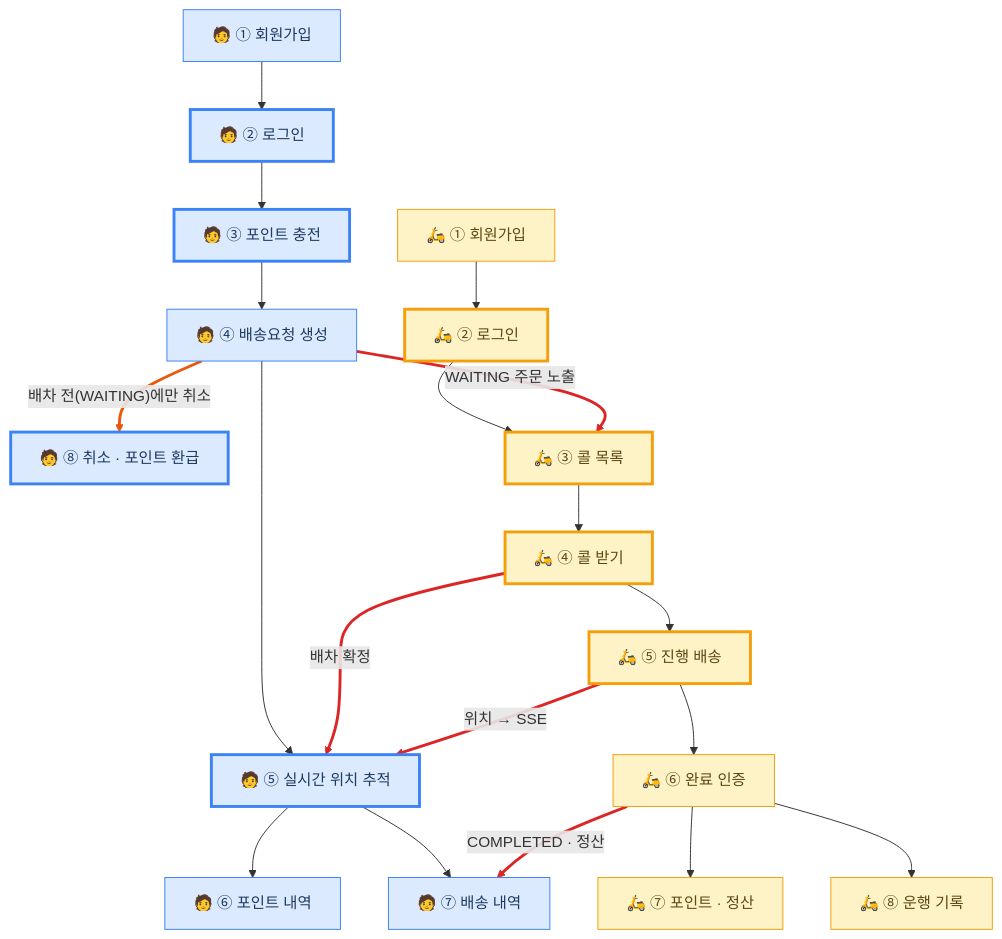
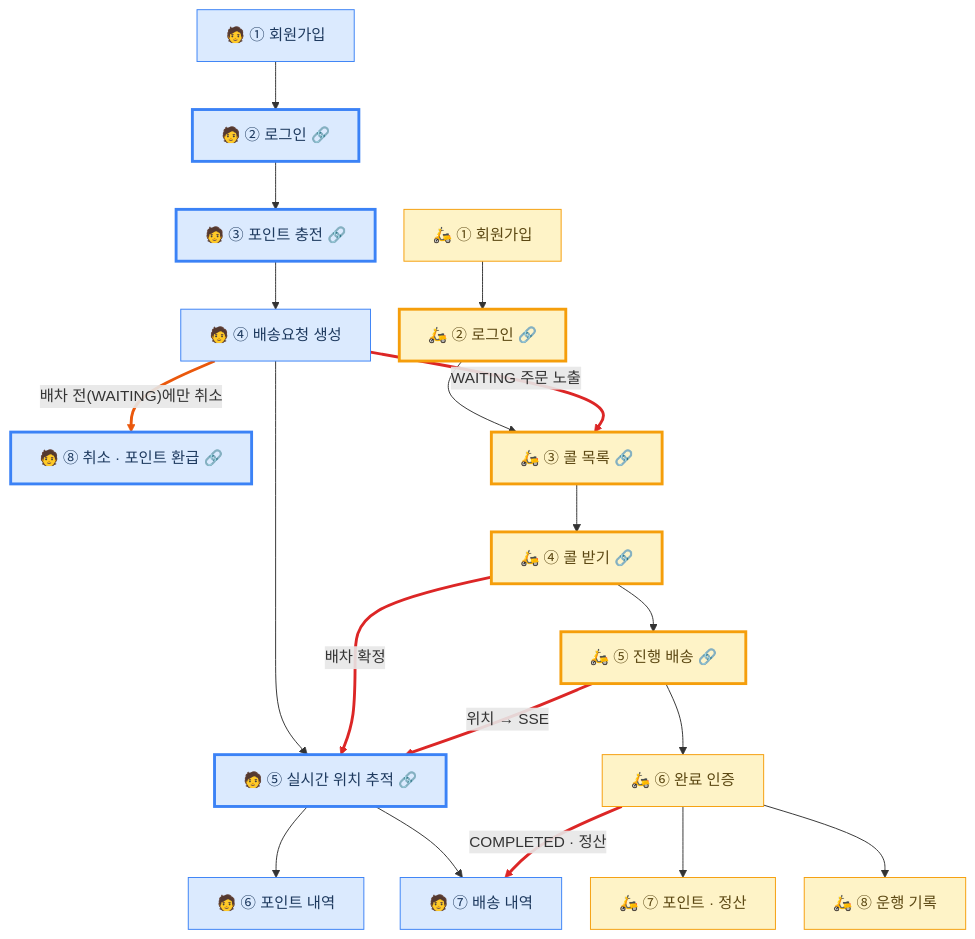
Before and after one commit to softeerbootcamp-8th/WEB-Team7-Turkey: the diagram in README.md, drawn with Mermaid. The commit also changed other lines of this file, not shown here.

Commit message:
docs: 사용자 흐름도 하단 행 정렬 보정, CORE 위키 링크 노드에 🔗 표시 추가
Claude-Session: https://claude.ai/code/session_01NicajBR4ijyR3PYSFtFeUF

````diff
--- a/README.md
+++ b/README.md
@@ -41,34 +41,35 @@
 ```mermaid
+%%{init: {'flowchart': {'nodeSpacing': 30}}}%%
 flowchart TB
-    C1["🧑 ① 회원가입"] --> C2["🧑 ② 로그인"] --> C3["🧑 ③ 포인트 충전"] --> C4["🧑 ④ 배송요청 생성"] --> C5["🧑 ⑤ 실시간 위치 추적"]
-    C4 -->|"배차 전(WAITING)에만 취소"| C8["🧑 ⑧ 취소 · 포인트 환급"]
+    C1["🧑 ① 회원가입"] --> C2["🧑 ② 로그인 🔗"] --> C3["🧑 ③ 포인트 충전 🔗"] --> C4["🧑 ④ 배송요청 생성"] --> C5["🧑 ⑤ 실시간 위치 추적 🔗"]
+    C4 -->|"배차 전(WAITING)에만 취소"| C8["🧑 ⑧ 취소 · 포인트 환급 🔗"]
     C5 --> C6["🧑 ⑥ 포인트 내역"]
     C5 --> C7["🧑 ⑦ 배송 내역"]
 
-    R1["🛵 ① 회원가입"] --> R2["🛵 ② 로그인"] --> R3["🛵 ③ 콜 목록"] --> R4["🛵 ④ 콜 받기"] --> R5["🛵 ⑤ 진행 배송"] --> R6["🛵 ⑥ 완료 인증"]
+    R1["🛵 ① 회원가입"] --> R2["🛵 ② 로그인 🔗"] --> R3["🛵 ③ 콜 목록 🔗"] --> R4["🛵 ④ 콜 받기 🔗"] --> R5["🛵 ⑤ 진행 배송 🔗"] --> R6["🛵 ⑥ 완료 인증"]
     R6 --> R7["🛵 ⑦ 포인트 · 정산"]
     R6 --> R8["🛵 ⑧ 운행 기록"]
 
     C4 -->|"WAITING 주문 노출"| R3
     R4 -->|"배차 확정"| C5
     R5 -->|"위치 → SSE"| C5
     R6 -->|"COMPLETED · 정산"| C7
 
     click C2 href "https://github.com/softeerbootcamp-8th/WEB-Team7-Turkey/wiki/CORE-쿠키-세션-인증방식" "CORE 쿠키-세션 인증방식"
     click R2 href "https://github.com/softeerbootcamp-8th/WEB-Team7-Turkey/wiki/CORE-쿠키-세션-인증방식" "CORE 쿠키-세션 인증방식"
     click C3 href "https://github.com/softeerbootcamp-8th/WEB-Team7-Turkey/wiki/CORE-결제-정합성" "CORE 결제 정합성"
     click C8 href "https://github.com/softeerbootcamp-8th/WEB-Team7-Turkey/wiki/CORE-주문-취소" "CORE 주문 취소"
     click C5 href "https://github.com/softeerbootcamp-8th/WEB-Team7-Turkey/wiki/CORE-실시간-위치-추적" "CORE 실시간 위치 추적"
     click R3 href "https://github.com/softeerbootcamp-8th/WEB-Team7-Turkey/wiki/CORE-콜-목록-조회" "CORE 콜 목록 조회"
     click R4 href "https://github.com/softeerbootcamp-8th/WEB-Team7-Turkey/wiki/CORE-배차-수락" "CORE 배차 수락"
     click R5 href "https://github.com/softeerbootcamp-8th/WEB-Team7-Turkey/wiki/CORE-배송-상태-전이" "CORE 배송 상태 전이"
 
     classDef cus fill:#dbeafe,stroke:#3b82f6,color:#1e3a5f
     classDef rid fill:#fef3c7,stroke:#f59e0b,color:#5c4813
     classDef core stroke-width:3px
     class C1,C2,C3,C4,C5,C6,C7,C8 cus
     class R1,R2,R3,R4,R5,R6,R7,R8 rid
     class C2,C3,C5,C8,R2,R3,R4,R5 core
     linkStyle 14,15,16,17 stroke:#dc2626,stroke-width:3px
     linkStyle 4 stroke:#ea580c,stroke-width:3px
 ```
````
